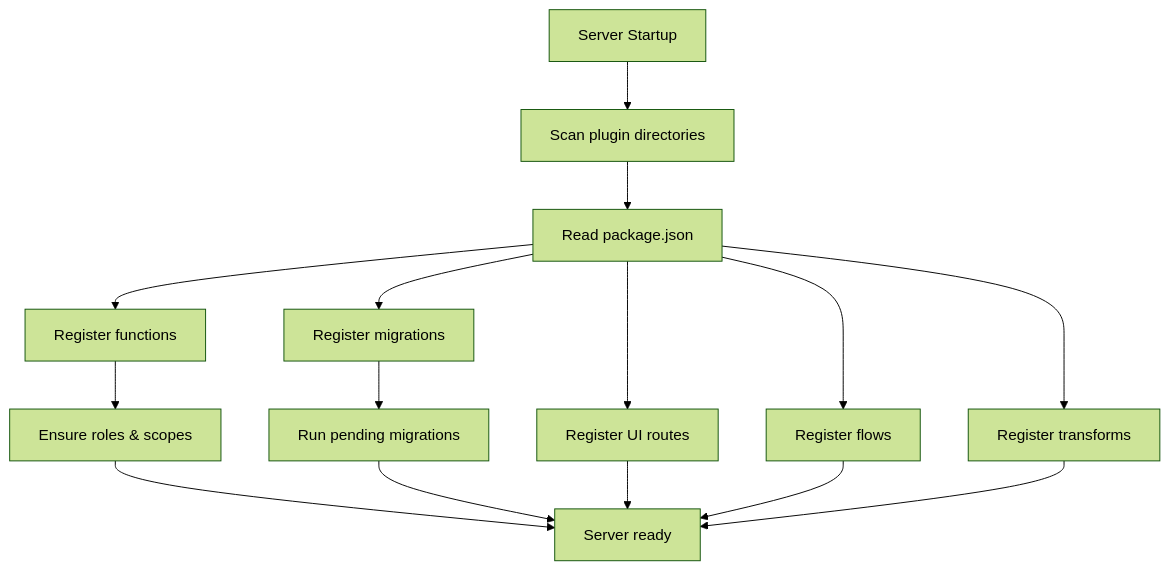
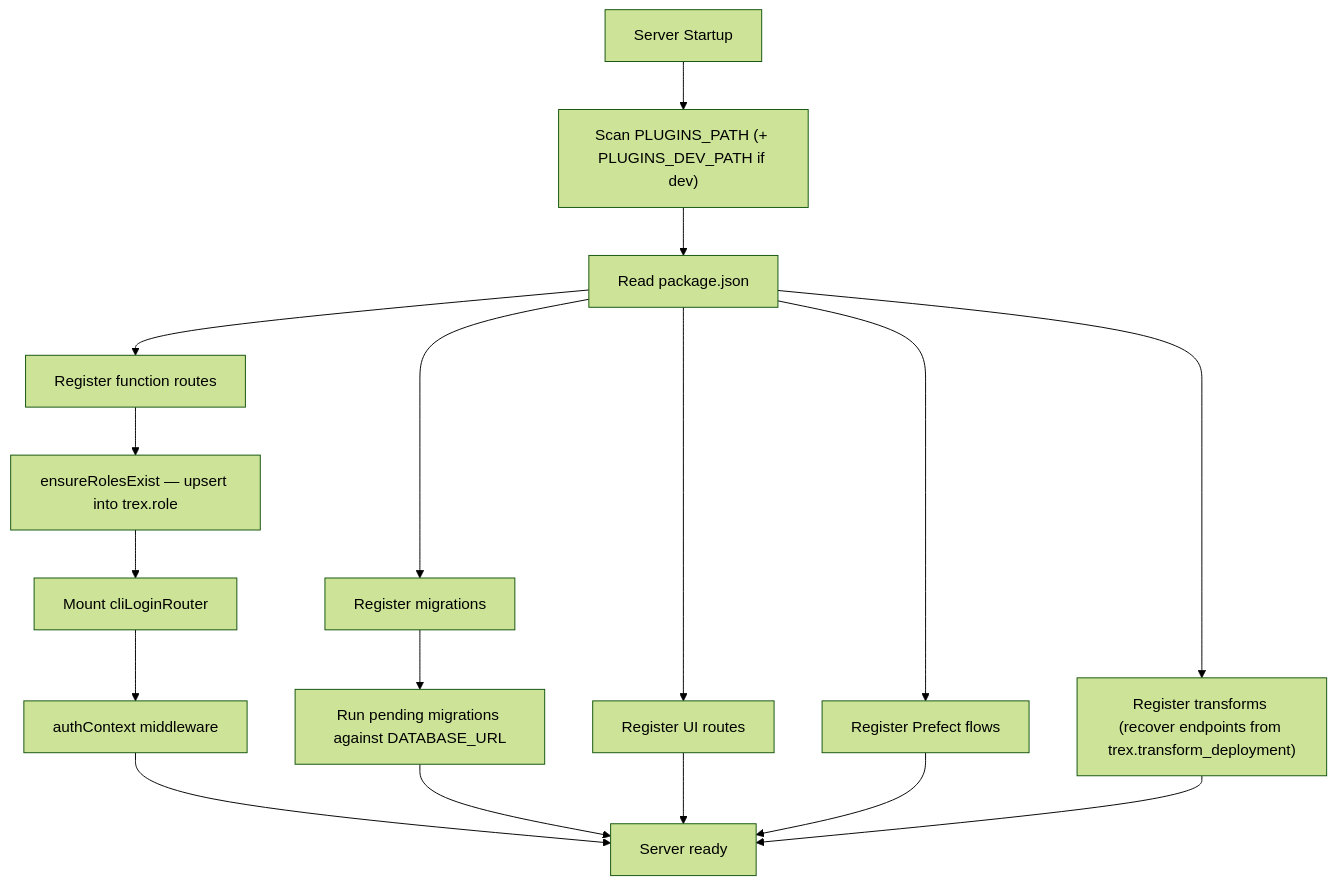
One commit to p-hoffmann/trexsql-ext changed the diagram in plugins/docs/docs/plugins/overview.md. Above: the diagram before and after it, drawn with Mermaid (forest theme). The commit also changed 110 other files, not shown here.

````diff
--- a/plugins/docs/docs/plugins/overview.md
+++ b/plugins/docs/docs/plugins/overview.md
@@ -23,17 +23,19 @@
 ```mermaid
 flowchart TD
-    Startup["Server Startup"] --> Scan["Scan plugin directories"]
+    Startup["Server Startup"] --> Scan["Scan PLUGINS_PATH (+ PLUGINS_DEV_PATH if dev)"]
     Scan --> ReadPkg["Read package.json"]
-    ReadPkg --> RegFn["Register functions"]
+    ReadPkg --> RegFn["Register function routes"]
     ReadPkg --> RegUI["Register UI routes"]
-    ReadPkg --> RegFlow["Register flows"]
+    ReadPkg --> RegFlow["Register Prefect flows"]
     ReadPkg --> RegMig["Register migrations"]
-    ReadPkg --> RegTx["Register transforms"]
-    RegMig --> RunMig["Run pending migrations"]
-    RegFn --> Roles["Ensure roles & scopes"]
-    Roles --> Ready["Server ready"]
+    ReadPkg --> RegTx["Register transforms (recover endpoints from trex.transform_deployment)"]
+    RegMig --> RunMig["Run pending migrations against DATABASE_URL"]
+    RegFn --> EnsureRoles["ensureRolesExist — upsert into trex.role"]
+    EnsureRoles --> CliLogin["Mount cliLoginRouter"]
+    CliLogin --> AuthCtx["authContext middleware"]
+    AuthCtx --> Ready["Server ready"]
     RunMig --> Ready
     RegUI --> Ready
     RegFlow --> Ready
     RegTx --> Ready
 ```
````
